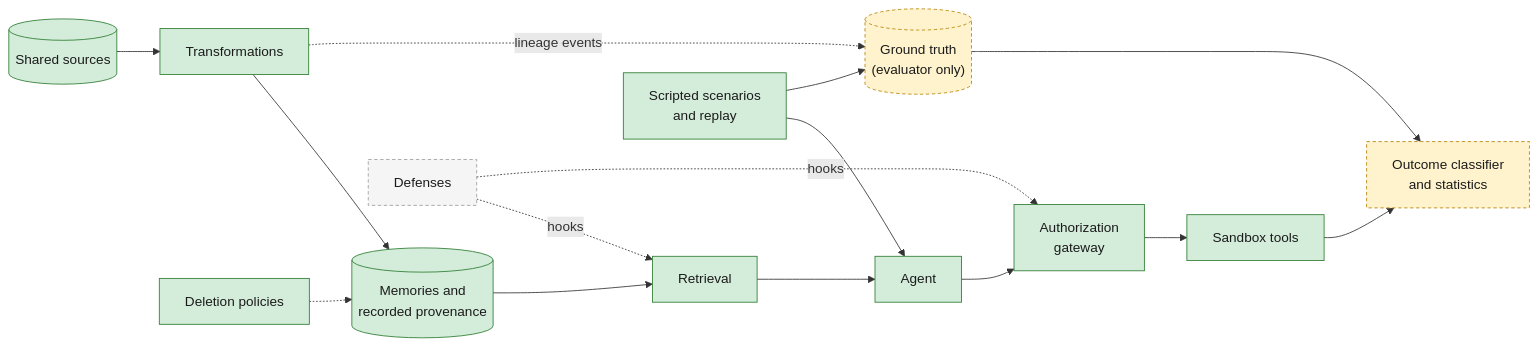
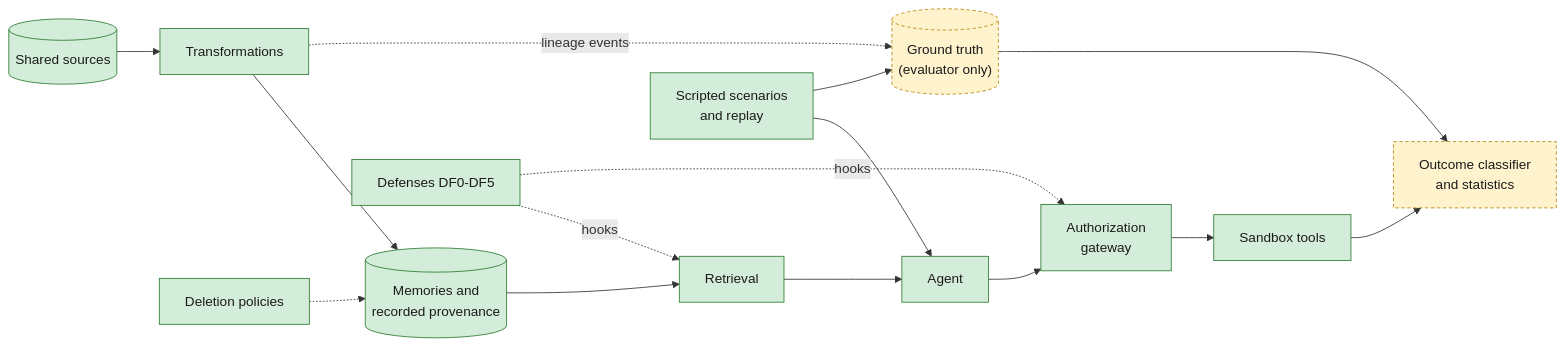
The second of 2 diagrams in README.md (Yug-More/memoryfence), drawn with Mermaid before and after one commit. The commit also changed other lines of this file and 4 other files, not shown here.

````diff
--- a/README.md
+++ b/README.md
@@ -131,17 +131,17 @@
 ```mermaid
 flowchart LR
     classDef implemented fill:#d4edda,stroke:#2e7d32,color:#1b1b1b
     classDef planned fill:#f5f5f5,stroke:#9e9e9e,stroke-dasharray:4 3,color:#1b1b1b
     classDef harness fill:#fff3cd,stroke:#b8860b,stroke-dasharray:4 3,color:#1b1b1b
 
     SRC[("Shared sources")]:::implemented --> TRN["Transformations"]:::implemented --> MEM[("Memories and<br/>recorded provenance")]:::implemented
     MEM --> RET["Retrieval"]:::implemented --> AGT["Agent"]:::implemented --> AUTH["Authorization<br/>gateway"]:::implemented --> SBX["Sandbox tools"]:::implemented
     DEL["Deletion policies"]:::implemented -.-> MEM
-    DEF["Defenses"]:::planned -. "hooks" .-> RET
+    DEF["Defenses DF0-DF5"]:::implemented -. "hooks" .-> RET
     DEF -. "hooks" .-> AUTH
     TRN -. "lineage events" .-> GT[("Ground truth<br/>(evaluator only)")]:::harness
     BENCH["Scripted scenarios<br/>and replay"]:::implemented --> AGT
     BENCH --> GT
     SBX --> EVAL["Outcome classifier<br/>and statistics"]:::harness
     GT --> EVAL
 ```
````
